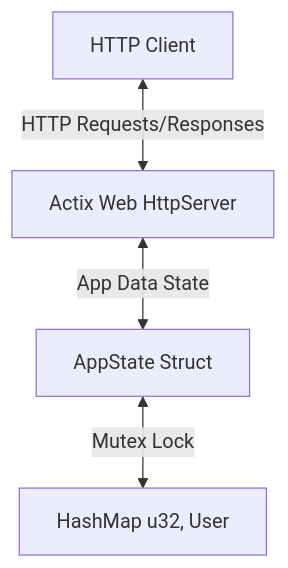
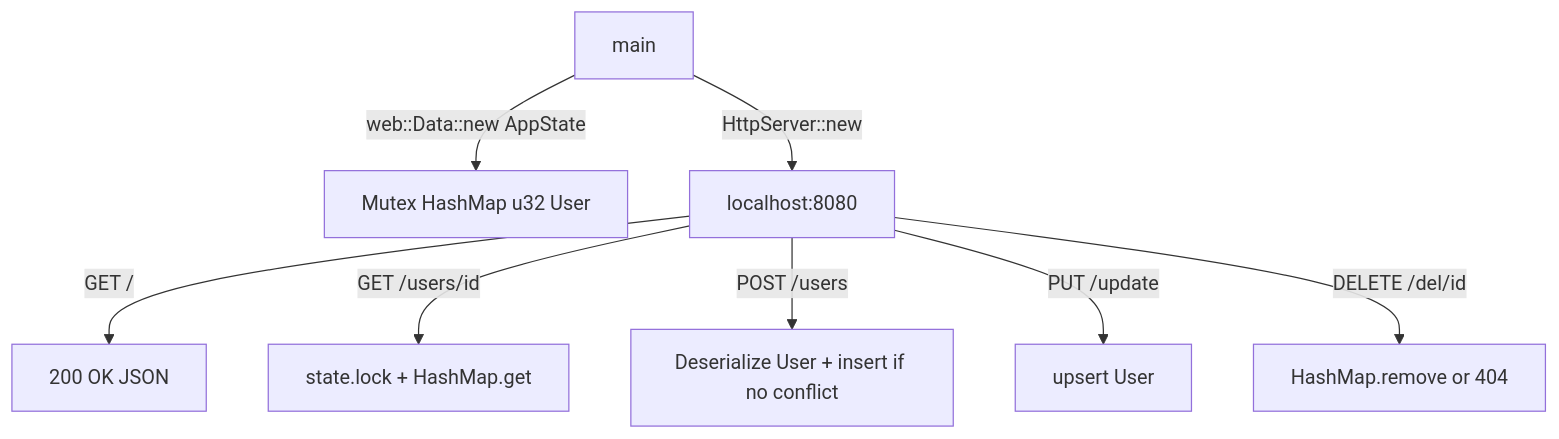
The diagram in Documentation.md (Joao-Tolentino/RestfulApi), drawn with Mermaid before and after one commit. The commit also changed other lines of this file and 1 other file, not shown here.

````diff
--- a/Documentation.md
+++ b/Documentation.md
@@ -11,6 +11,10 @@
 ```mermaid
 graph TD
-    Client[HTTP Client] <-->|HTTP Requests/Responses| ActixServer[Actix Web HttpServer]
-    ActixServer <-->|App Data State| AppState[AppState Struct]
-    AppState <-->|Mutex Lock| UserMap[HashMap u32, User]
+    main -->|web::Data::new AppState| State[Mutex HashMap u32 User]
+    main -->|HttpServer::new| Server[localhost:8080]
+    Server -->|GET /| test[200 OK JSON]
+    Server -->|GET /users/id| fetch_user[state.lock + HashMap.get]
+    Server -->|POST /users| create_user[Deserialize User + insert if no conflict]
+    Server -->|PUT /update| update[upsert User]
+    Server -->|DELETE /del/id| delete_user[HashMap.remove or 404]
 ```
````
